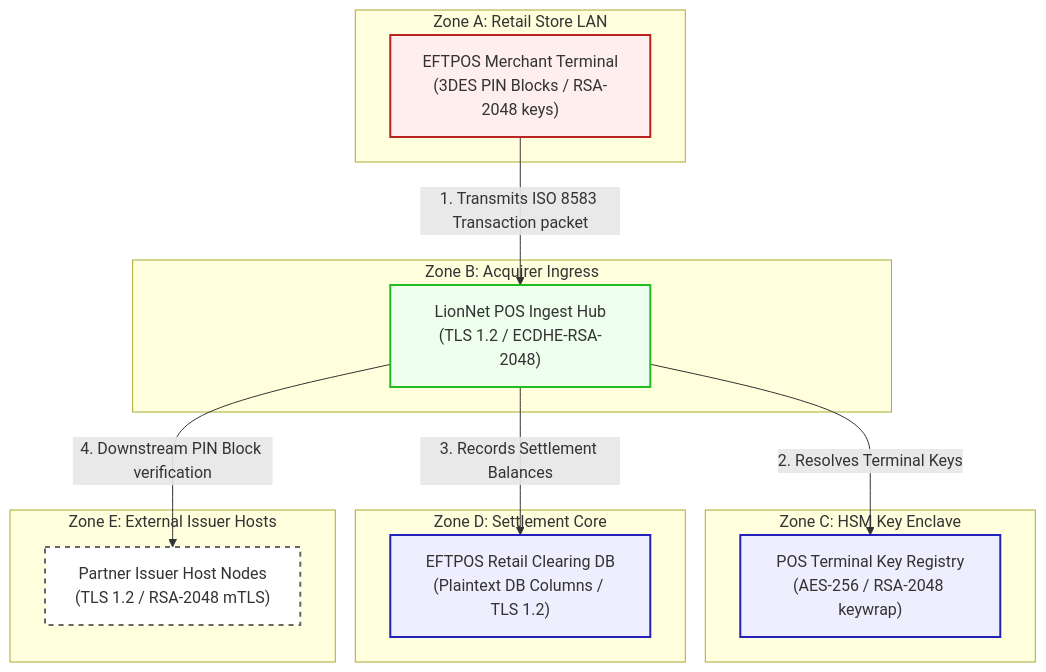
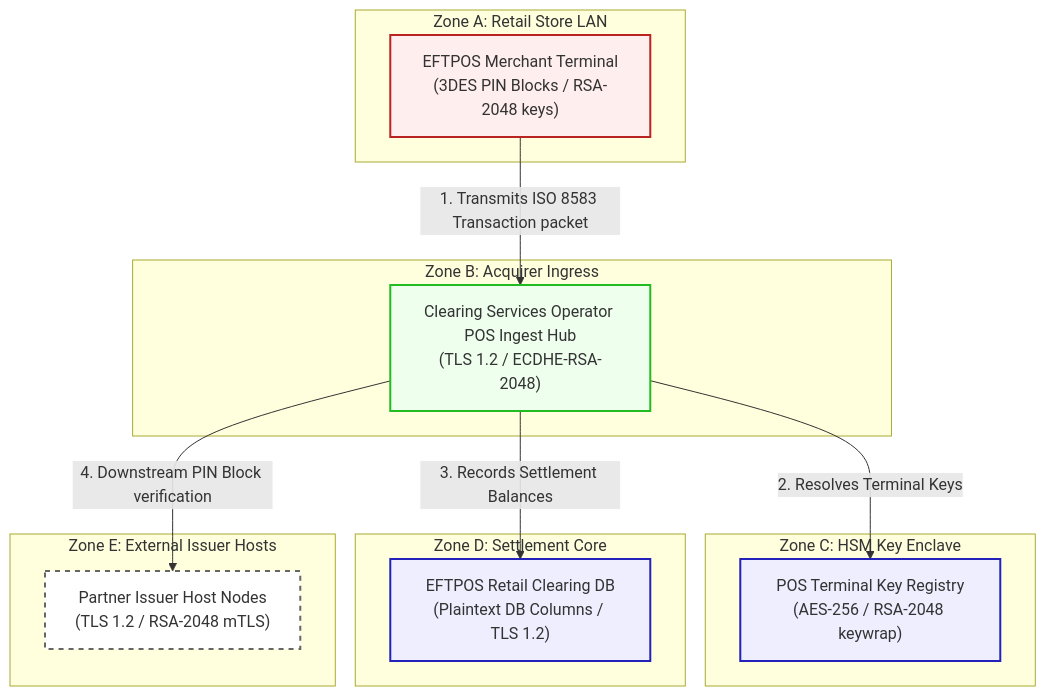
The diagram in sample_artifacts/scenarios/16-pos-debit-acquisition/architecture.md (justinwkUKM/AETHER-PQC), drawn with Mermaid before and after one commit. The commit also changed other lines of this file and 187 other files, not shown here.

````diff
--- a/sample_artifacts/scenarios/16-pos-debit-acquisition/architecture.md
+++ b/sample_artifacts/scenarios/16-pos-debit-acquisition/architecture.md
@@ -22,41 +22,41 @@
 ```mermaid
 graph TD
   subgraph Zone_A_Retail ["Zone A: Retail Store LAN"]
     N1["EFTPOS Merchant Terminal<br/>(3DES PIN Blocks / RSA-2048 keys)"]
   end
 
   subgraph Zone_B_Acquirer ["Zone B: Acquirer Ingress"]
-    N2["LionNet POS Ingest Hub<br/>(TLS 1.2 / ECDHE-RSA-2048)"]
+    N2["Clearing Services Operator POS Ingest Hub<br/>(TLS 1.2 / ECDHE-RSA-2048)"]
   end
 
   subgraph Zone_C_HSM ["Zone C: HSM Key Enclave"]
     N3["POS Terminal Key Registry<br/>(AES-256 / RSA-2048 keywrap)"]
   end
 
   subgraph Zone_D_Settlement ["Zone D: Settlement Core"]
     N4["EFTPOS Retail Clearing DB<br/>(Plaintext DB Columns / TLS 1.2)"]
   end
 
   subgraph Zone_E_Issuer ["Zone E: External Issuer Hosts"]
     N5["Partner Issuer Host Nodes<br/>(TLS 1.2 / RSA-2048 mTLS)"]
   end
 
   %% Flow Connections %%
   N1 -->|1. Transmits ISO 8583 Transaction packet| N2
   N2 -->|2. Resolves Terminal Keys| N3
   N2 -->|3. Records Settlement Balances| N4
   N2 -->|4. Downstream PIN Block verification| N5
 
   %% Styling %%
   classDef dmz fill:#fee,stroke:#b22,stroke-width:2px;
   classDef core fill:#efe,stroke:#2b2,stroke-width:2px;
   classDef enclave fill:#eef,stroke:#22b,stroke-width:2px;
   classDef archive fill:#fef,stroke:#b2b,stroke-width:2px;
   classDef ext fill:#fff,stroke:#666,stroke-width:2px,stroke-dasharray: 5 5;
 
   class N1 dmz;
   class N2 core;
   class N3 enclave;
   class N4 enclave;
   class N5 ext;
 ```
````
